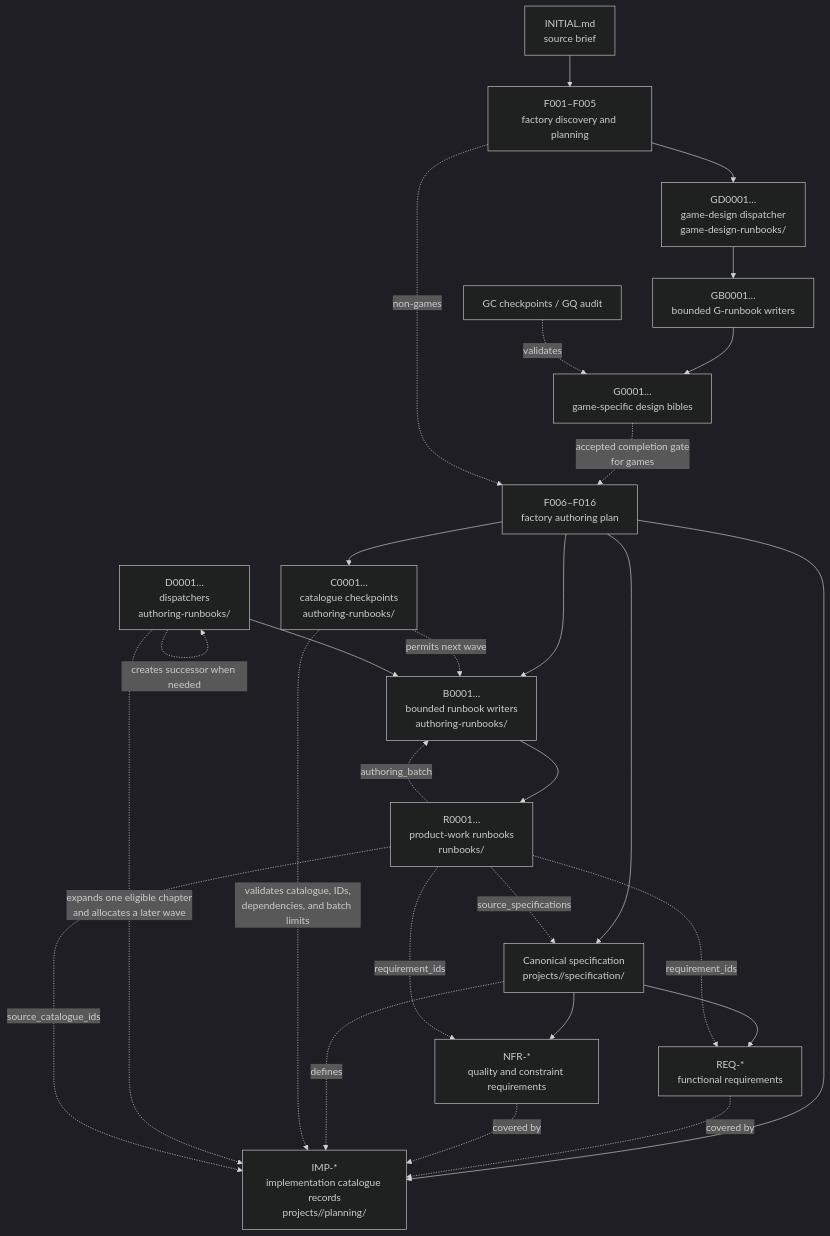
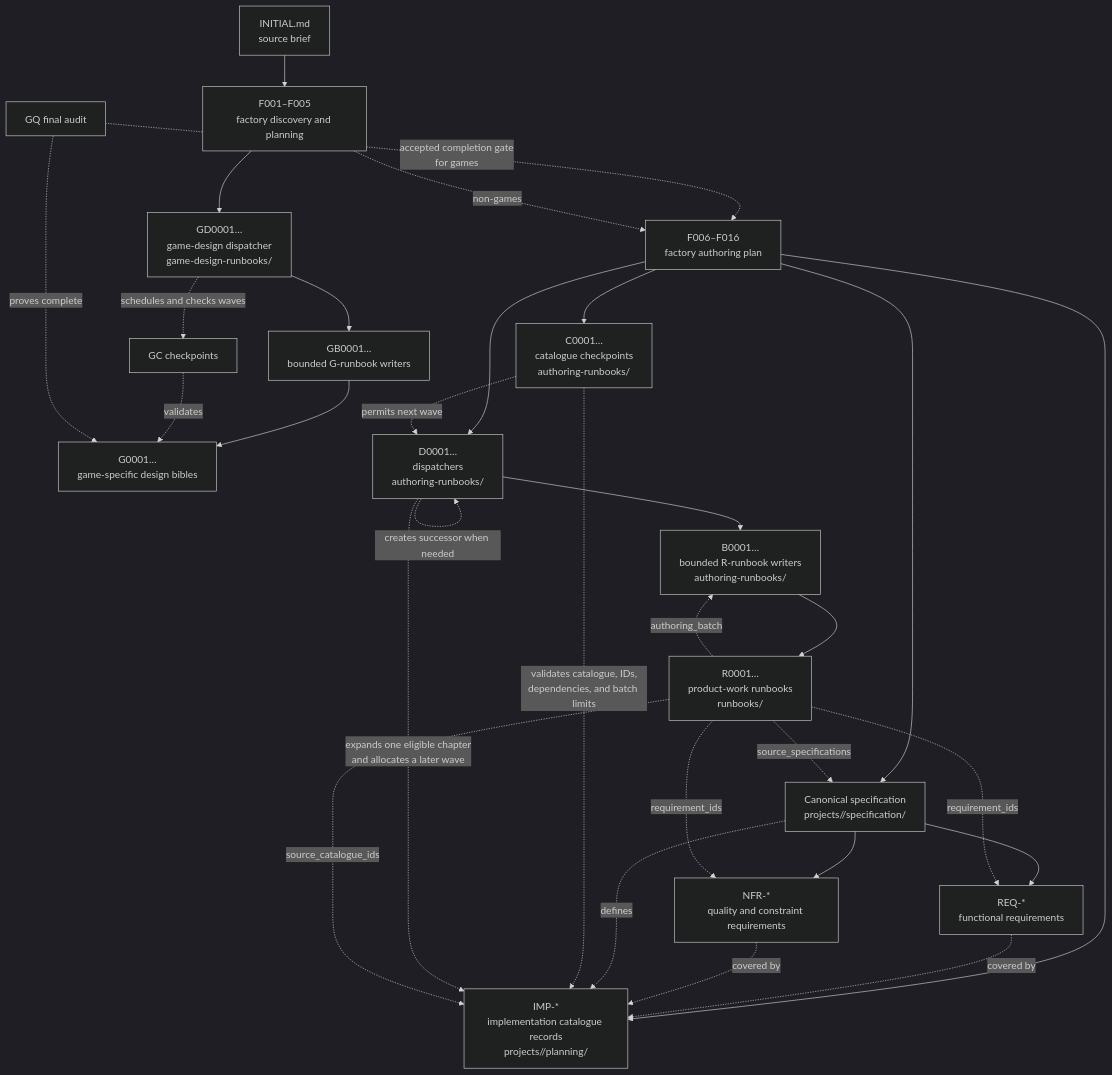
The diagram in README.md (jakowicz/supervisor-runbook-generator), drawn with Mermaid (dark theme) before and after one commit. The commit also changed other lines of this file and 1 other file, not shown here.

Commit message:
Clarify runbook generation flow

````diff
--- a/README.md
+++ b/README.md
@@ -174,34 +188,36 @@
 ```mermaid
 flowchart TD
     INITIAL["INITIAL.md\nsource brief"] --> F["F001–F005\nfactory discovery and planning"]
     F --> GD["GD0001…\ngame-design dispatcher\ngame-design-runbooks/"]
     GD --> GB["GB0001…\nbounded G-runbook writers"]
     GB --> G["G0001…\ngame-specific design bibles"]
-    GC["GC checkpoints / GQ audit"] -. "validates" .-> G
-    G -. "accepted completion gate\nfor games" .-> POSTF["F006–F016\nfactory authoring plan"]
+    GC["GC checkpoints"] -. "validates" .-> G
+    GD -. "schedules and checks waves" .-> GC
+    GQ["GQ final audit"] -. "proves complete" .-> G
+    GQ -. "accepted completion gate\nfor games" .-> POSTF["F006–F016\nfactory authoring plan"]
     F -. "non-games" .-> POSTF
 
     POSTF --> SPEC["Canonical specification\nprojects/<name>/specification/"]
     SPEC --> REQ["REQ-*\nfunctional requirements"]
     SPEC --> NFR["NFR-*\nquality and constraint requirements"]
     POSTF --> IMP["IMP-*\nimplementation catalogue records\nprojects/<name>/planning/"]
     REQ -. "covered by" .-> IMP
     NFR -. "covered by" .-> IMP
     SPEC -. "defines" .-> IMP
 
-    POSTF --> B["B0001…\nbounded runbook writers\nauthoring-runbooks/"]
     POSTF --> C["C0001…\ncatalogue checkpoints\nauthoring-runbooks/"]
+    POSTF --> D
     C -. "validates catalogue, IDs,\ndependencies, and batch limits" .-> IMP
-    C -. "permits next wave" .-> B
+    C -. "permits next wave" .-> D
 
     D["D0001…\ndispatchers\nauthoring-runbooks/"] -. "expands one eligible chapter\nand allocates a later wave" .-> IMP
-    D --> B
+    D --> B["B0001…\nbounded R-runbook writers\nauthoring-runbooks/"]
     D -. "creates successor when needed" .-> D
 
     B --> R["R0001…\nproduct-work runbooks\nrunbooks/"]
     R -. "requirement_ids" .-> REQ
     R -. "requirement_ids" .-> NFR
     R -. "source_catalogue_ids" .-> IMP
     R -. "source_specifications" .-> SPEC
     R -. "authoring_batch" .-> B
 ```
````
